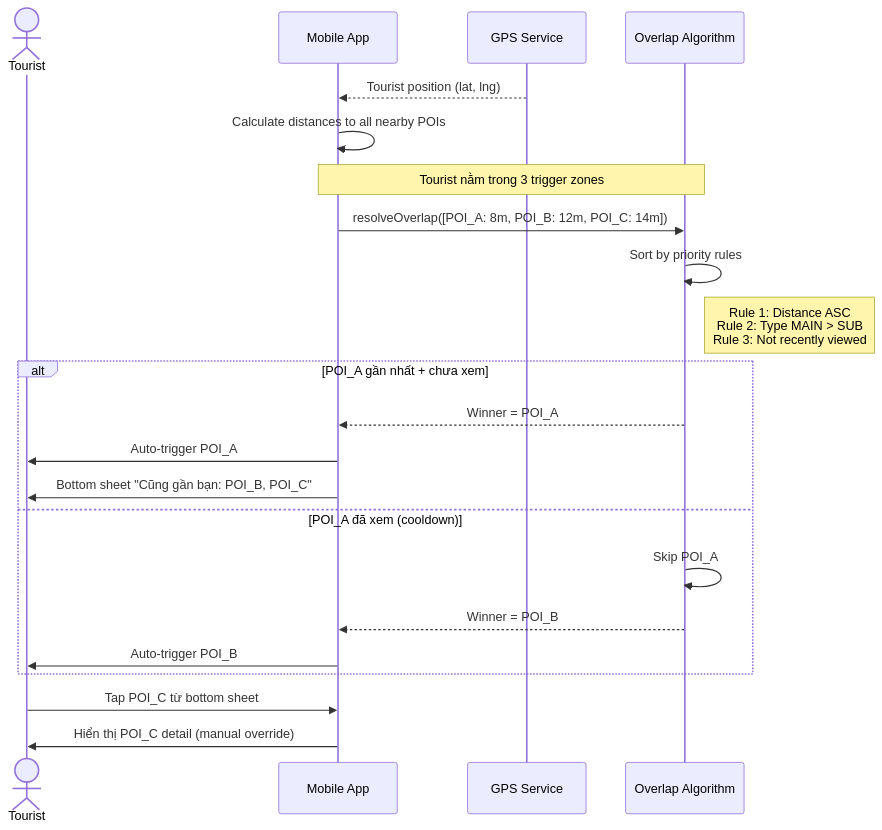
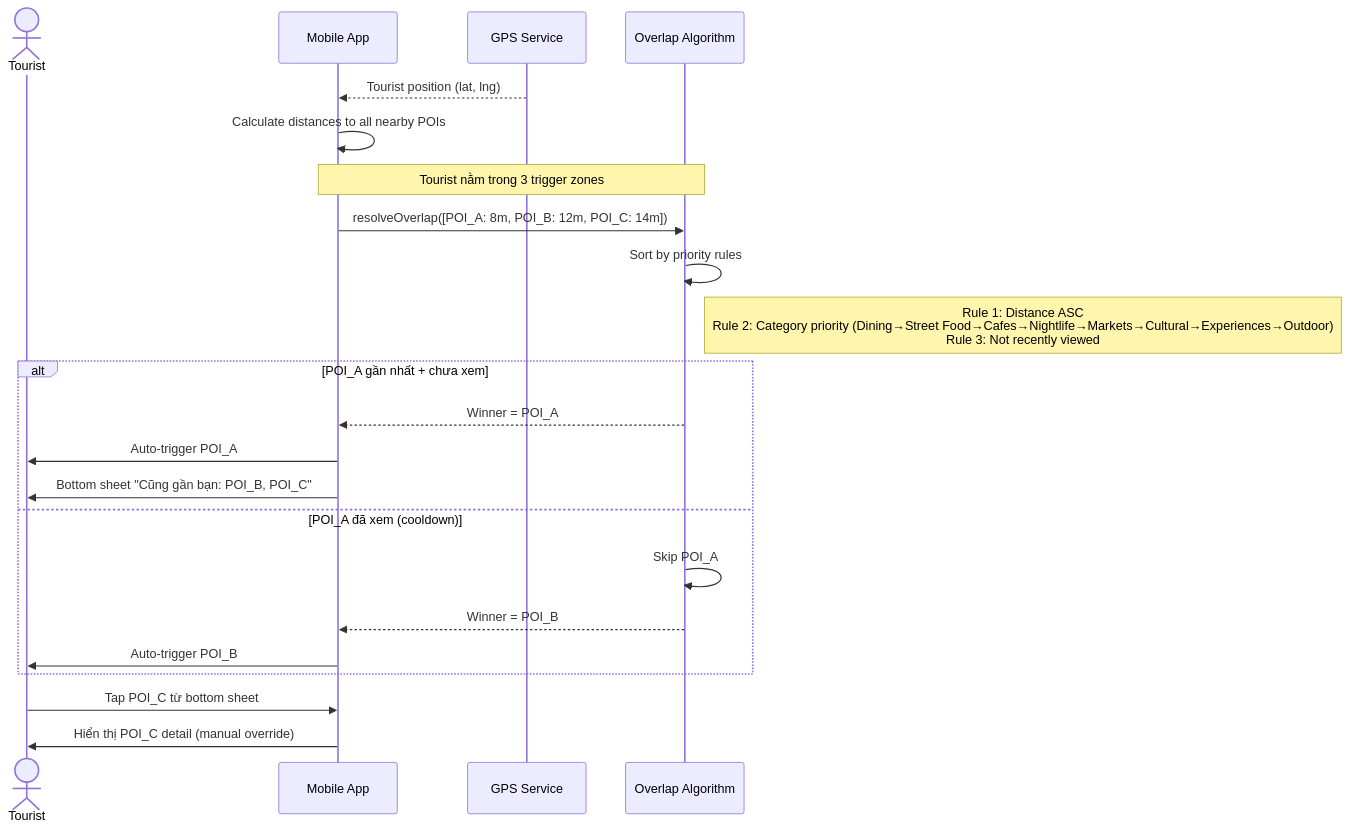
Before and after one commit to Ttuandatt/Seminar: the eighth of 14 diagrams in docs/step3_prd/15_sequence_diagrams.md, drawn with Mermaid. The commit also changed other lines of this file and 60 other files, not shown here.

````diff
--- a/docs/step3_prd/15_sequence_diagrams.md
+++ b/docs/step3_prd/15_sequence_diagrams.md
@@ -363,30 +363,30 @@
 ```mermaid
 sequenceDiagram
     actor Tourist
     participant App as Mobile App
     participant GPS as GPS Service
     participant Algo as Overlap Algorithm
 
     GPS-->>App: Tourist position (lat, lng)
     App->>App: Calculate distances to all nearby POIs
 
     Note over App, Algo: Tourist nằm trong 3 trigger zones
 
     App->>Algo: resolveOverlap([POI_A: 8m, POI_B: 12m, POI_C: 14m])
     
     Algo->>Algo: Sort by priority rules
-    Note right of Algo: Rule 1: Distance ASC<br/>Rule 2: Type MAIN > SUB<br/>Rule 3: Not recently viewed
+    Note right of Algo: Rule 1: Distance ASC<br/>Rule 2: Category priority (Dining→Street Food→Cafes→Nightlife→Markets→Cultural→Experiences→Outdoor)<br/>Rule 3: Not recently viewed
 
     alt POI_A gần nhất + chưa xem
         Algo-->>App: Winner = POI_A
         App->>Tourist: Auto-trigger POI_A
         App->>Tourist: Bottom sheet "Cũng gần bạn: POI_B, POI_C"
     else POI_A đã xem (cooldown)
         Algo->>Algo: Skip POI_A
         Algo-->>App: Winner = POI_B
         App->>Tourist: Auto-trigger POI_B
     end
 
     Tourist->>App: Tap POI_C từ bottom sheet
     App->>Tourist: Hiển thị POI_C detail (manual override)
 ```
````
